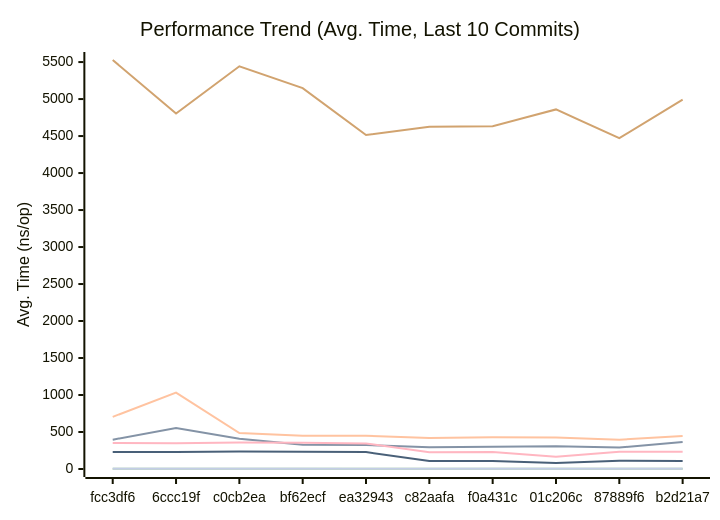
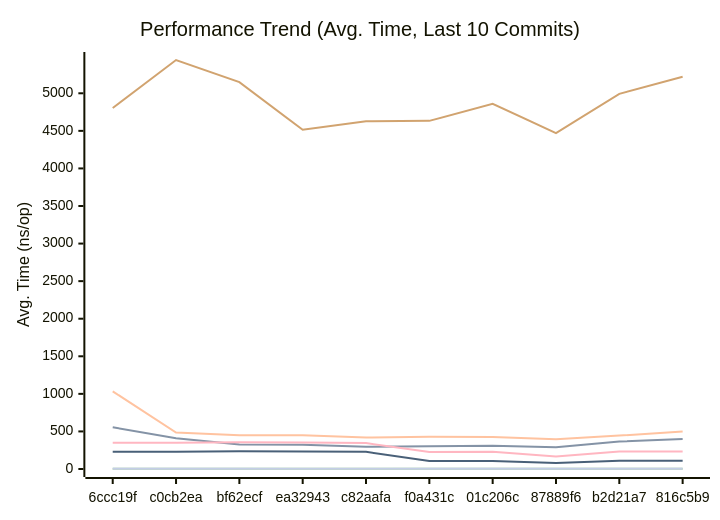
One commit to alsotoes/momo changed the first of 3 diagrams in docs/PERFORMANCE.md. Above: the diagram before and after it, drawn with Mermaid. The commit also changed other lines of this file and 2 other files, not shown here.

````diff
--- a/docs/PERFORMANCE.md
+++ b/docs/PERFORMANCE.md
@@ -80,16 +80,16 @@
 ```mermaid
 xychart-beta
     title "Performance Trend (Avg. Time, Last 10 Commits)"
     x-axis "Commit"
     y-axis "Avg. Time (ns/op)"
-    x-axis [fcc3df6,6ccc19f,c0cb2ea,bf62ecf,ea32943,c82aafa,f0a431c,01c206c,87889f6,b2d21a7]
-    line "CheckMetricsAndSwap" [9,9,11,10,8,8,10,9,9,9]
-    line "CrushOptimized" [396,555,408,327,324,295,302,308,289,365]
-    line "CrushOriginal" [705,1033,485,449,449,419,429,427,396,445]
-    line "IndexDirectTracking" [0,0,1,0,0,0,0,0,0,0]
-    line "IndexSearch" [2,2,3,2,2,2,2,2,2,2]
-    line "LoadGlobalConfig" [5528,4804,5443,5148,4514,4627,4633,4860,4471,4992]
+    x-axis [6ccc19f,c0cb2ea,bf62ecf,ea32943,c82aafa,f0a431c,01c206c,87889f6,b2d21a7,816c5b9]
+    line "CheckMetricsAndSwap" [9,11,10,8,8,10,9,9,9,11]
+    line "CrushOptimized" [555,408,327,324,295,302,308,289,365,398]
+    line "CrushOriginal" [1033,485,449,449,419,429,427,396,445,499]
+    line "IndexDirectTracking" [0,1,0,0,0,0,0,0,0,0]
+    line "IndexSearch" [2,3,2,2,2,2,2,2,2,2]
+    line "LoadGlobalConfig" [4804,5443,5148,4514,4627,4633,4860,4471,4992,5220]
     line "PadString" [2,2,2,2,2,2,2,2,2,2]
     line "ParseReplicationOrder_NoPrealloc" [350,349,357,354,345,225,229,165,232,234]
     line "ParseReplicationOrder_Prealloc" [229,231,237,234,229,108,107,80,110,109]
 ```
````
